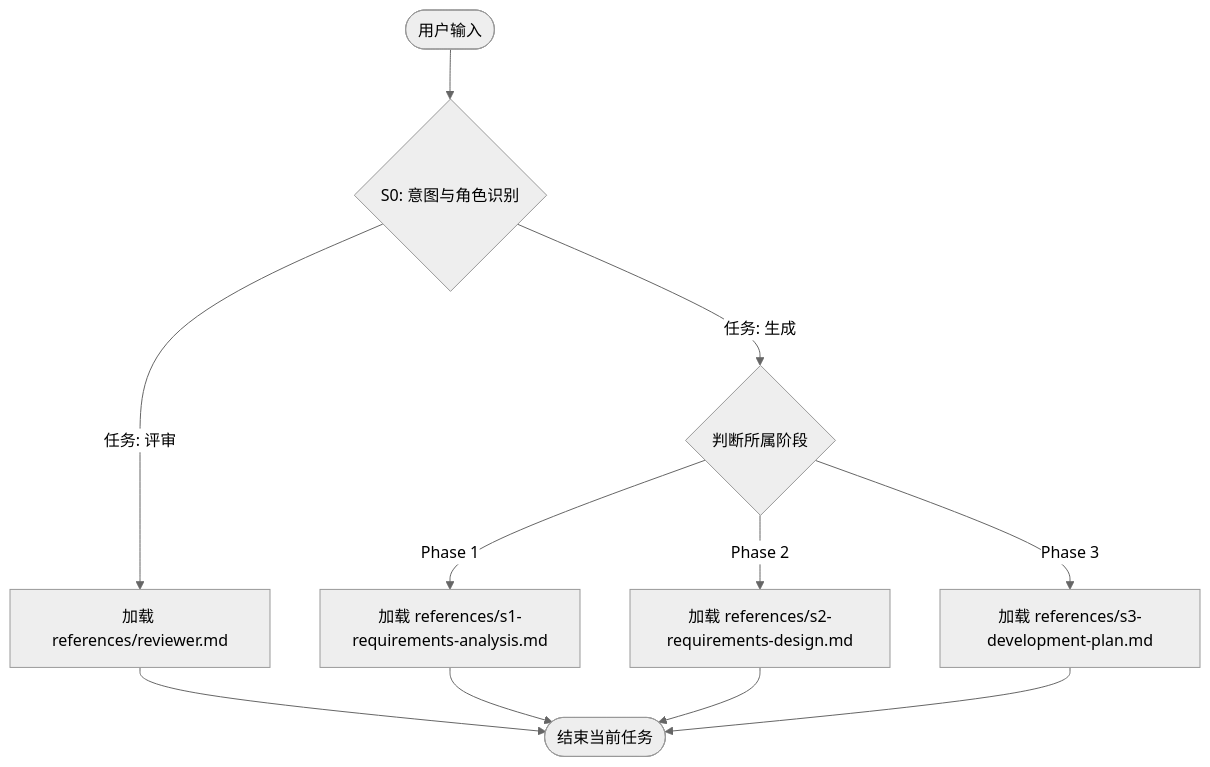
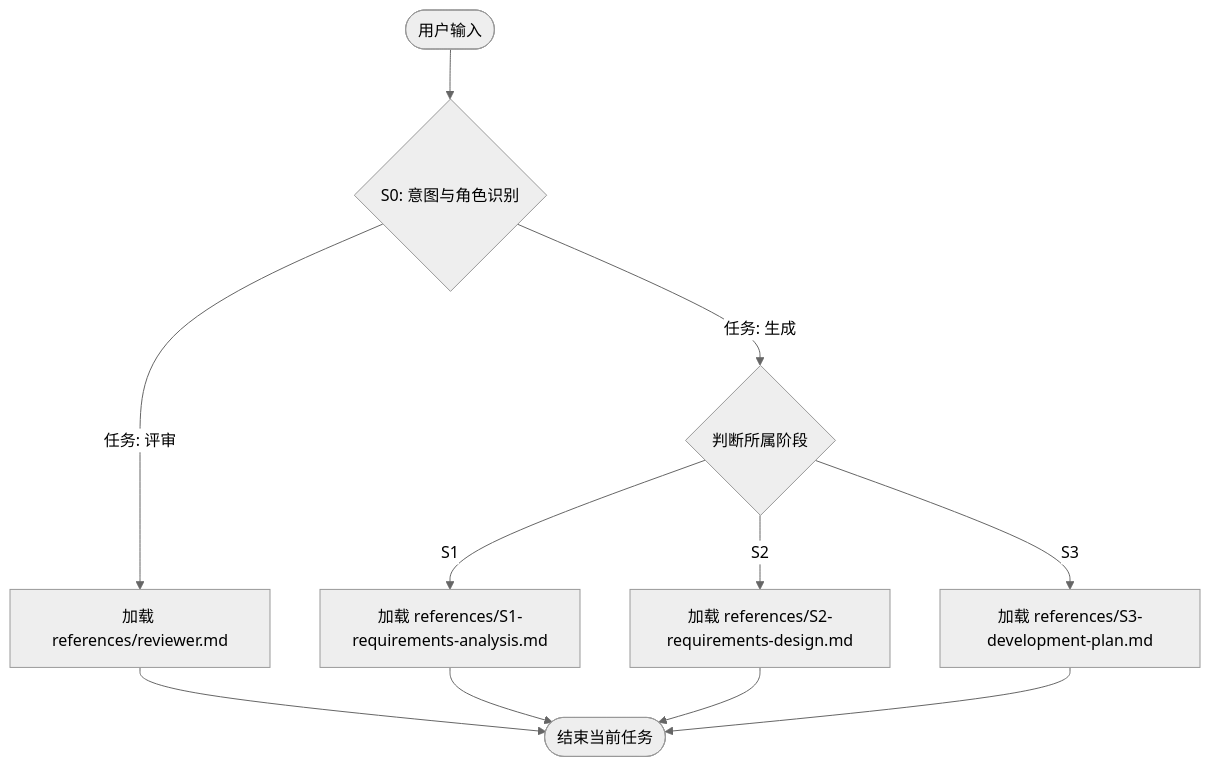
One commit to aiimoyu/hyper-designer changed the second of 2 diagrams in src/builtin/skills/requirements-design/SKILL.md. Above: the diagram before and after it, drawn with Mermaid (neutral theme). The commit also changed other lines of this file and 12 other files, not shown here.

First line of the commit message:
docs(requirements-design): 更新文档模板和检查表文件命名

````diff
--- a/src/builtin/skills/requirements-design/SKILL.md
+++ b/src/builtin/skills/requirements-design/SKILL.md
@@ -58,15 +58,15 @@
 ```mermaid
 flowchart TD
     Start([用户输入]) --> Parse{S0: 意图与角色识别}
     
     Parse -->|任务: 评审| Rev[加载 references/reviewer.md] --> End
     
     Parse -->|任务: 生成| Gen{判断所属阶段}
-    Gen -->|Phase 1| S1[加载 references/s1-requirements-analysis.md]
-    Gen -->|Phase 2| S2[加载 references/s2-requirements-design.md]
-    Gen -->|Phase 3| S3[加载 references/s3-development-plan.md]
+    Gen -->|S1| S1[加载 references/S1-requirements-analysis.md]
+    Gen -->|S2| S2[加载 references/S2-requirements-design.md]
+    Gen -->|S3| S3[加载 references/S3-development-plan.md]
 
     S1 --> End([结束当前任务])
     S2 --> End
     S3 --> End
 ```
````
